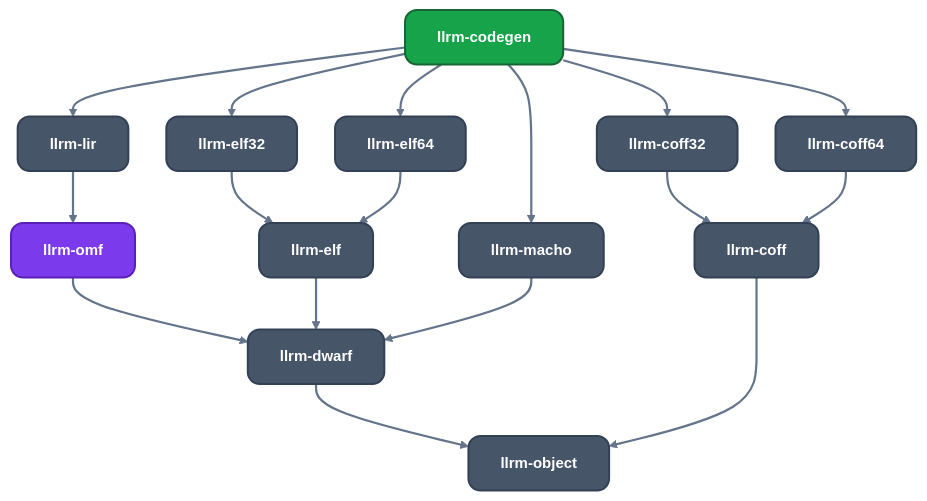
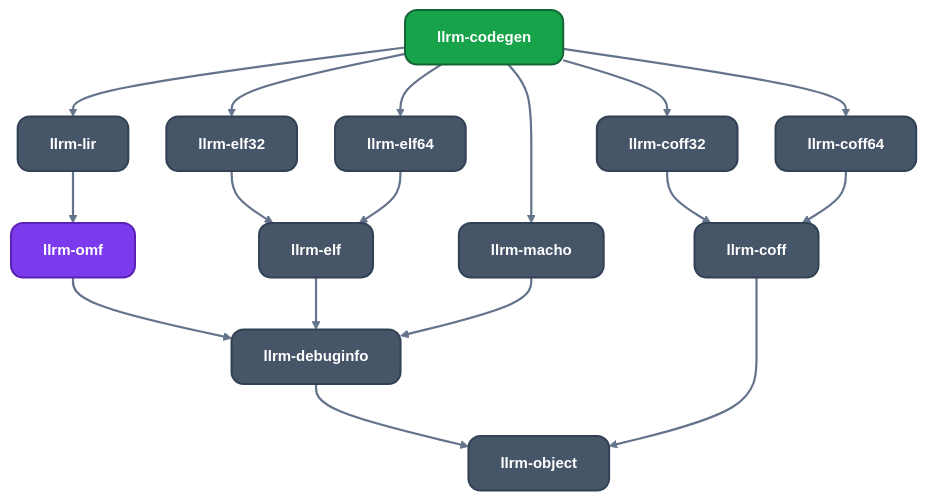
The fourth of 4 diagrams in docs/reference/crates.md (ali-mosavian/llrm), drawn with Mermaid before and after one commit. The commit also changed other lines of this file and 56 other files, not shown here.

Commit message:
refactor(layout): object formats move to crates/mc, dwarf into debuginfo

````diff
--- a/docs/reference/crates.md
+++ b/docs/reference/crates.md
@@ -124,36 +124,36 @@
 ```mermaid
 %%{init: {'theme':'base','themeVariables':{'fontFamily':'Segoe UI, Helvetica Neue, Arial, DejaVu Sans, sans-serif','fontSize':'15px','primaryColor':'#475569','primaryTextColor':'#ffffff','primaryBorderColor':'#334155','lineColor':'#64748b','secondaryColor':'#475569','tertiaryColor':'transparent','clusterBkg':'transparent','clusterBorder':'#64748b','edgeLabelBackground':'#334155','textColor':'#64748b','titleColor':'#64748b'},'flowchart':{'curve':'basis','nodeSpacing':38,'rankSpacing':52,'padding':16,'wrappingWidth':360,'htmlLabels':true,'useMaxWidth':true}}}%%
 flowchart TB
   classDef mid fill:#475569,stroke:#334155,stroke-width:2px,color:#ffffff,rx:12px,ry:12px
   classDef out fill:#16a34a,stroke:#166534,stroke-width:2px,color:#ffffff,rx:12px,ry:12px
   classDef data fill:#7c3aed,stroke:#5b21b6,stroke-width:2px,color:#ffffff,rx:12px,ry:12px
   linkStyle default stroke:#64748b,stroke-width:2.2px
   core["<b>llrm-codegen</b>"]:::out
   lir["<b>llrm-lir</b>"]:::mid
   omf["<b>llrm-omf</b>"]:::data
-  dwarf["<b>llrm-dwarf</b>"]:::mid
+  dwarf["<b>llrm-debuginfo</b>"]:::mid
   obj["<b>llrm-object</b>"]:::mid
   elf["<b>llrm-elf</b>"]:::mid
   e32["<b>llrm-elf32</b>"]:::mid
   e64["<b>llrm-elf64</b>"]:::mid
   macho["<b>llrm-macho</b>"]:::mid
   coff["<b>llrm-coff</b>"]:::mid
   c32["<b>llrm-coff32</b>"]:::mid
   c64["<b>llrm-coff64</b>"]:::mid
   core --> lir
   core --> e32
   core --> e64
   core --> macho
   core --> c32
   core --> c64
   lir --> omf
   omf --> dwarf
   e32 --> elf
   e64 --> elf
   elf --> dwarf
   macho --> dwarf
   dwarf --> obj
   c32 --> coff
   c64 --> coff
   coff --> obj
 ```
````
